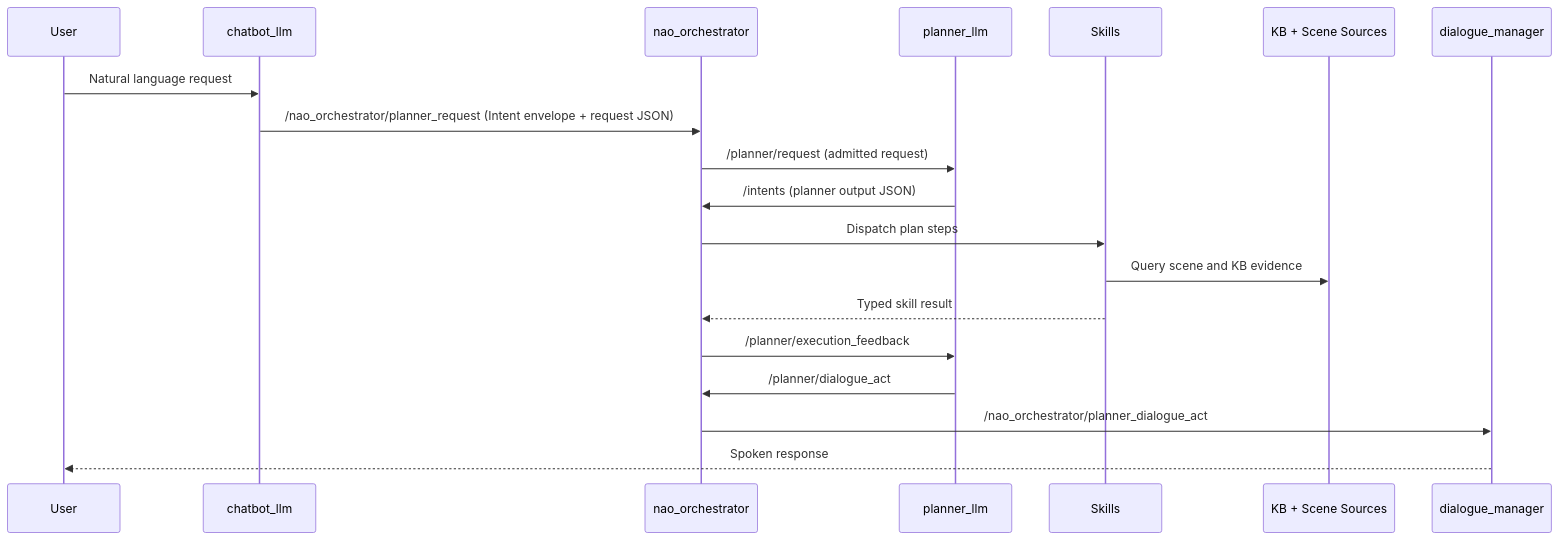
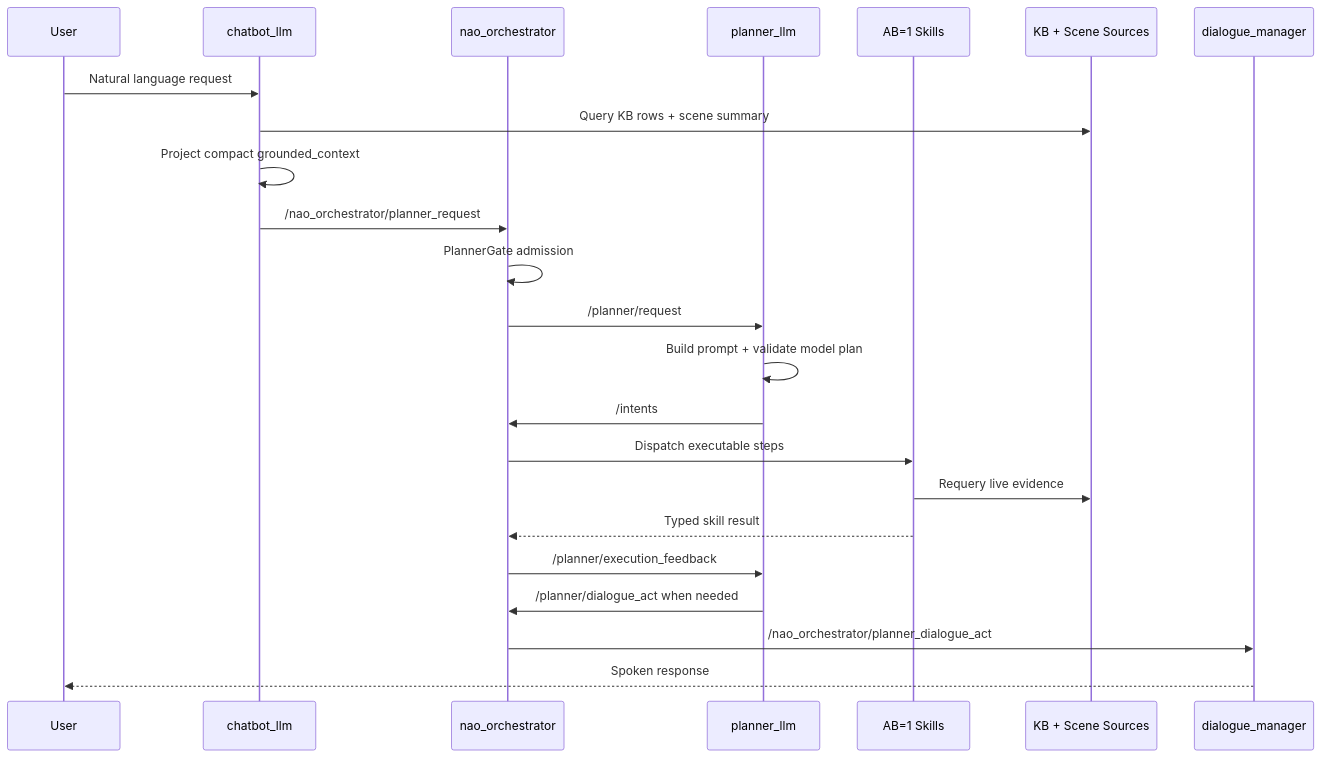
The first of 7 diagrams in docs/plans/sv_e2e_planner_flow_walkthrough_2026-06-01.md (ieverythng/nao-ros4hri-bridge), drawn with Mermaid before and after one commit. The commit also changed other lines of this file and 5 other files, not shown here.

````diff
--- a/docs/plans/sv_e2e_planner_flow_walkthrough_2026-06-01.md
+++ b/docs/plans/sv_e2e_planner_flow_walkthrough_2026-06-01.md
@@ -24,22 +23,26 @@
 ```mermaid
 sequenceDiagram
     participant U as User
     participant C as chatbot_llm
     participant O as nao_orchestrator
     participant P as planner_llm
-    participant S as Skills
+    participant S as AB=1 Skills
     participant K as KB + Scene Sources
     participant D as dialogue_manager
 
     U->>C: Natural language request
-    C->>O: /nao_orchestrator/planner_request (Intent envelope + request JSON)
-    O->>P: /planner/request (admitted request)
-    P->>O: /intents (planner output JSON)
-    O->>S: Dispatch plan steps
-    S->>K: Query scene and KB evidence
+    C->>K: Query KB rows + scene summary
+    C->>C: Project compact grounded_context
+    C->>O: /nao_orchestrator/planner_request
+    O->>O: PlannerGate admission
+    O->>P: /planner/request
+    P->>P: Build prompt + validate model plan
+    P->>O: /intents
+    O->>S: Dispatch executable steps
+    S->>K: Requery live evidence
     S-->>O: Typed skill result
     O->>P: /planner/execution_feedback
-    P->>O: /planner/dialogue_act
+    P->>O: /planner/dialogue_act when needed
     O->>D: /nao_orchestrator/planner_dialogue_act
     D-->>U: Spoken response
 ```
````
